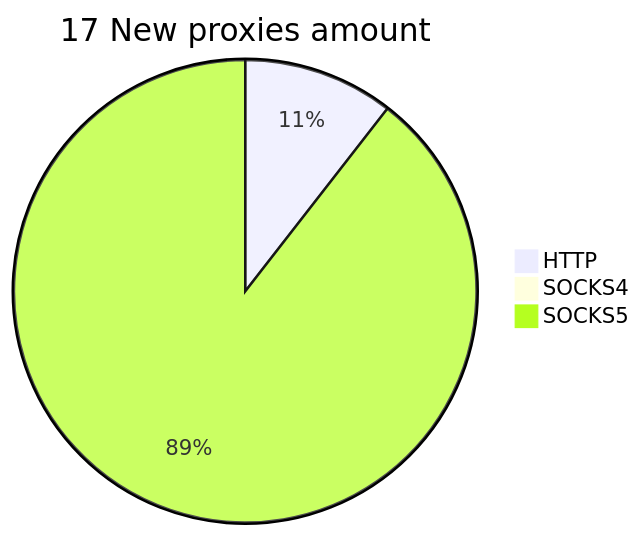
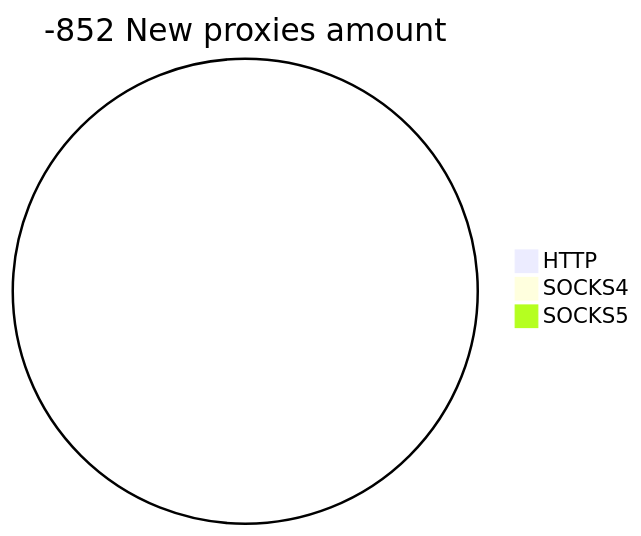
Before and after one commit to cutipu/proxylist: the second of 2 diagrams in README.md, drawn with Mermaid. The commit also changed other lines of this file, not shown here.

````diff
--- a/README.md
+++ b/README.md
@@ -10,6 +10,6 @@
 ```mermaid
-pie title 17 New proxies amount
-    "HTTP" : 2
+pie title -852 New proxies amount
+    "HTTP" : 0
     "SOCKS4" : 0
-    "SOCKS5" : 17
+    "SOCKS5" : 0
 ```
````
